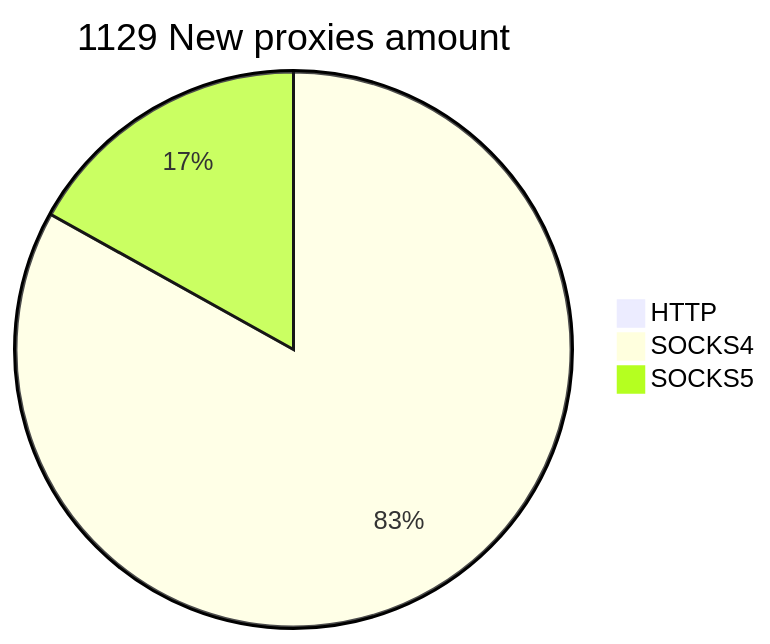
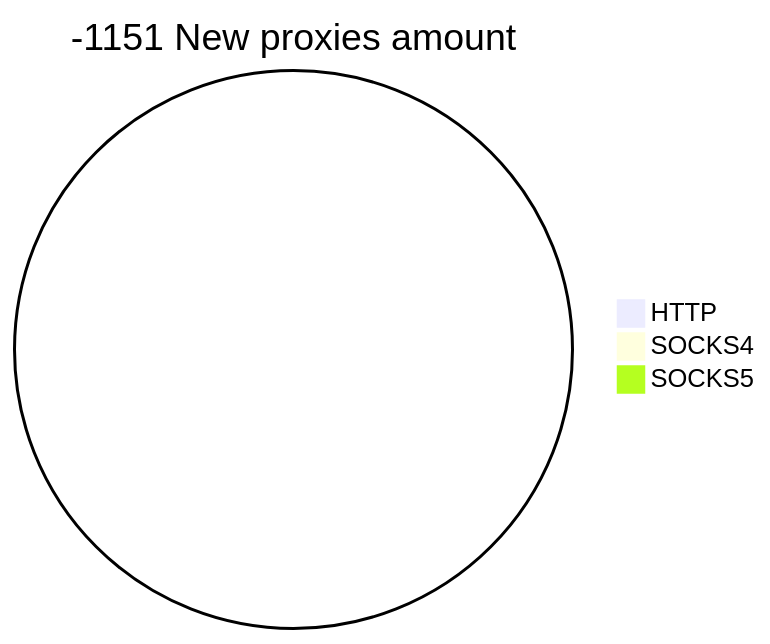
The second of 2 diagrams in README.md (cutipu/proxylist), drawn with Mermaid before and after one commit. The commit also changed other lines of this file, not shown here.

````diff
--- a/README.md
+++ b/README.md
@@ -10,6 +10,6 @@
 ```mermaid
-pie title 1129 New proxies amount
+pie title -1151 New proxies amount
     "HTTP" : 0
-    "SOCKS4" : 938
-    "SOCKS5" : 191
+    "SOCKS4" : 0
+    "SOCKS5" : 0
 ```
````
